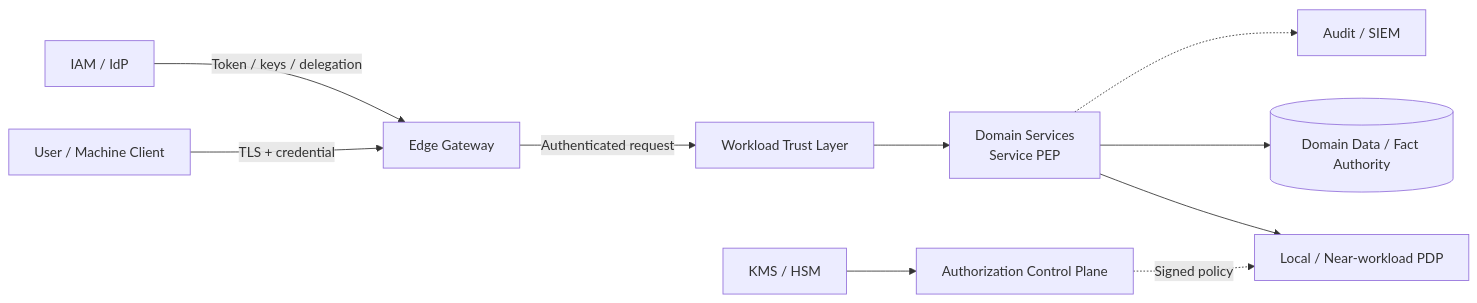
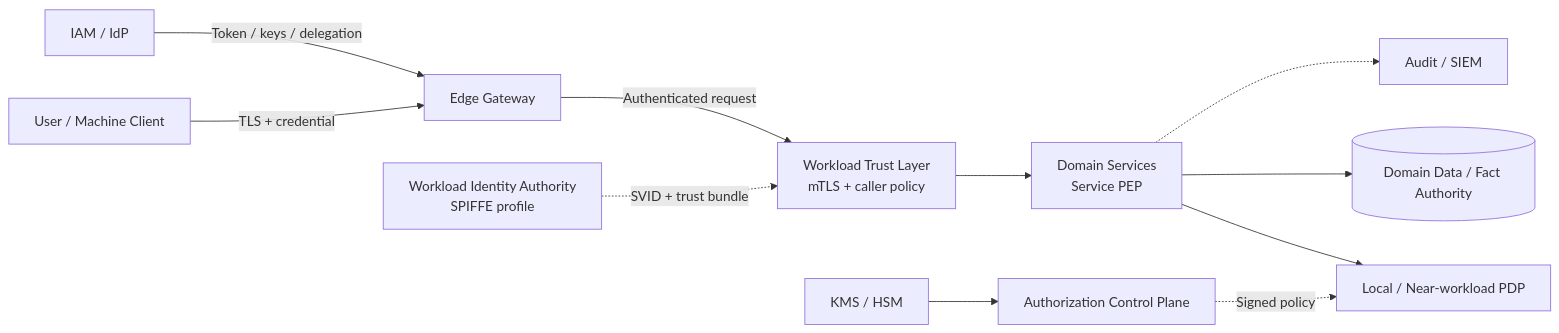
Before and after one commit to huynv-xyz/vhm: the first of 10 diagrams in zero-trust.md, drawn with Mermaid. The commit also changed other lines of this file, not shown here.

````diff
--- a/zero-trust.md
+++ b/zero-trust.md
@@ -227,12 +232,13 @@
 ```mermaid
 flowchart LR
     U[User / Machine Client] -->|TLS + credential| E[Edge Gateway]
     I[IAM / IdP] -->|Token / keys / delegation| E
-    E -->|Authenticated request| W[Workload Trust Layer]
+    E -->|Authenticated request| W[Workload Trust Layer<br/>mTLS + caller policy]
+    WI[Workload Identity Authority<br/>SPIFFE profile] -.->|SVID + trust bundle| W
     W --> S[Domain Services<br/>Service PEP]
     S --> P[Local / Near-workload PDP]
     S --> D[(Domain Data / Fact Authority)]
     S -.-> A[Audit / SIEM]
     C[Authorization Control Plane] -.->|Signed policy| P
     K[KMS / HSM] --> C
 ```
````
